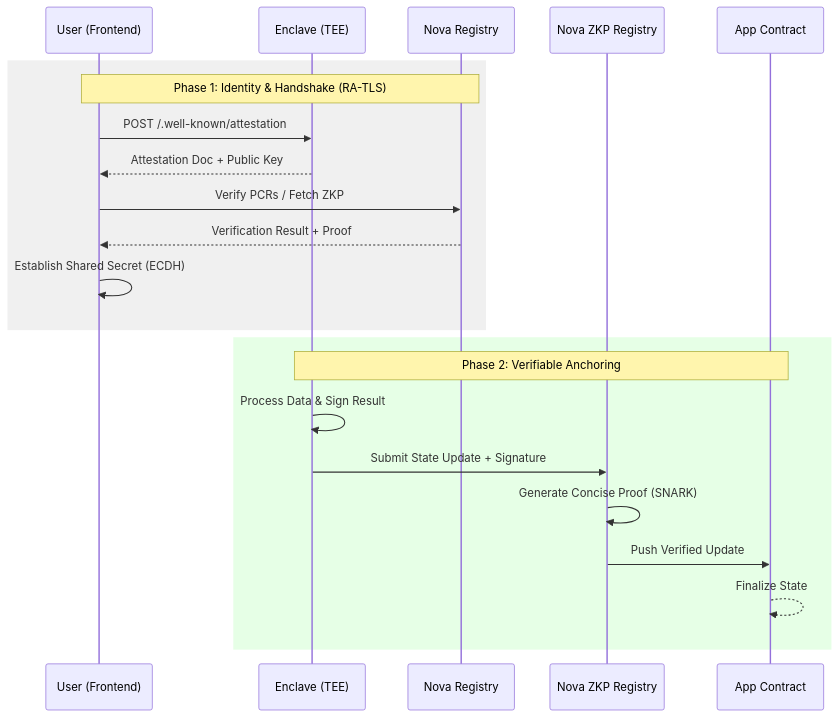
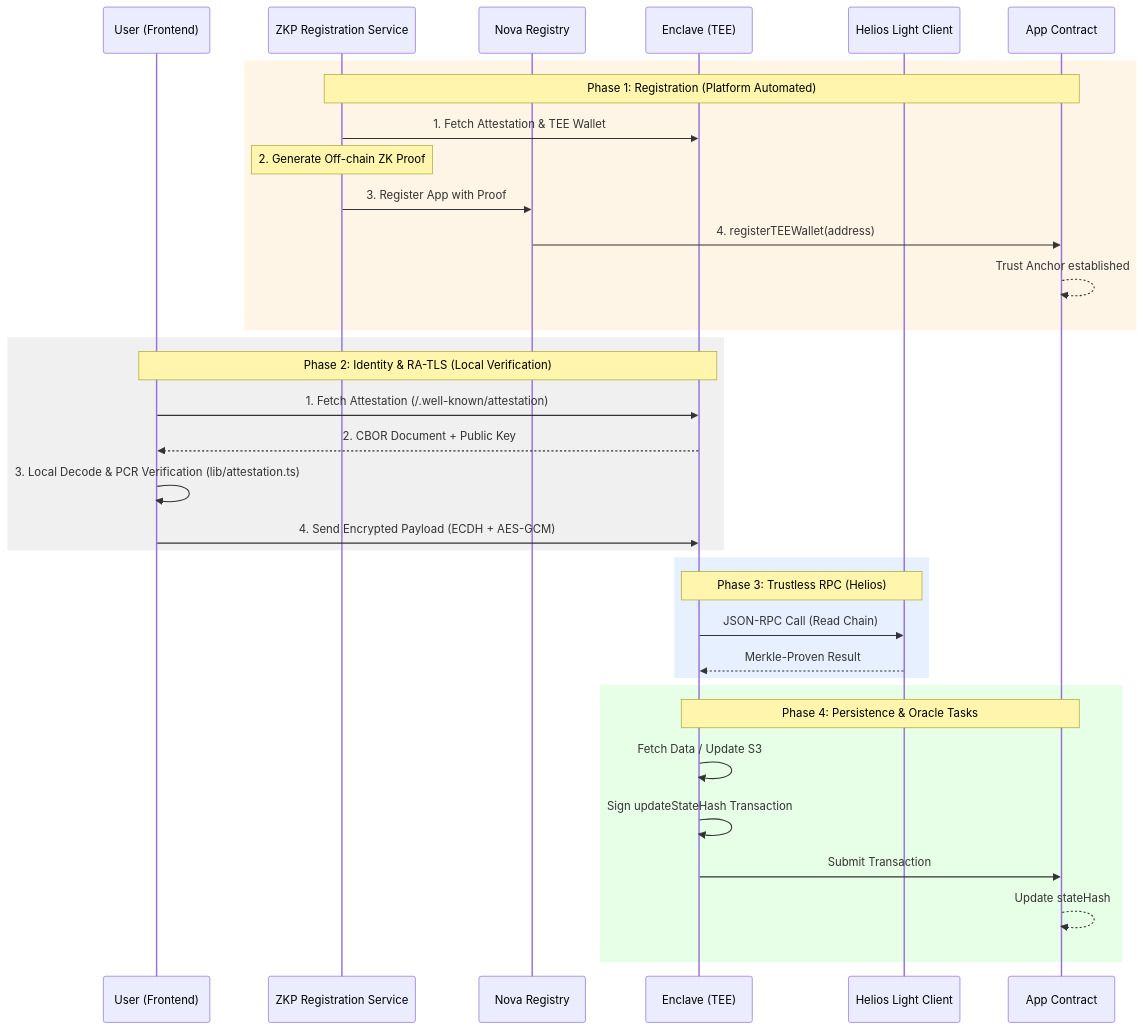
Before and after one commit to sparsity-xyz/nova-app-template: the diagram in tutorial.md, drawn with Mermaid. The commit also changed other lines of this file and 7 other files, not shown here.

````diff
--- a/tutorial.md
+++ b/tutorial.md
@@ -36,26 +36,40 @@
 ```mermaid
 sequenceDiagram
     participant U as User (Frontend)
+    participant ZKP as ZKP Registration Service
+    participant NR as Nova Registry
     participant E as Enclave (TEE)
-    participant NR as Nova Registry
-    participant ZKP as Nova ZKP Registry
+    participant Helios as Helios Light Client
     participant AC as App Contract
     
+    rect rgb(255, 245, 230)
+        Note over ZKP,AC: Phase 1: Registration (Platform Automated)
+        ZKP->>E: 1. Fetch Attestation & TEE Wallet
+        Note over ZKP: 2. Generate Off-chain ZK Proof
+        ZKP->>NR: 3. Register App with Proof
+        NR->>AC: 4. registerTEEWallet(address)
+        AC-->>AC: Trust Anchor established
+    end
+
     rect rgb(240, 240, 240)
-        Note over U,NR: Phase 1: Identity & Handshake (RA-TLS)
-        U->>E: POST /.well-known/attestation
-        E-->>U: Attestation Doc + Public Key
-        U->>NR: Verify PCRs / Fetch ZKP
-        NR-->>U: Verification Result + Proof
-        U->>U: Establish Shared Secret (ECDH)
+        Note over U,E: Phase 2: Identity & RA-TLS (Local Verification)
+        U->>E: 1. Fetch Attestation (/.well-known/attestation)
+        E-->>U: 2. CBOR Document + Public Key
+        U->>U: 3. Local Decode & PCR Verification (lib/attestation.ts)
+        U->>E: 4. Send Encrypted Payload (ECDH + AES-GCM)
+    end
+
+    rect rgb(230, 240, 255)
+        Note over E,Helios: Phase 3: Trustless RPC (Helios)
+        E->>Helios: JSON-RPC Call (Read Chain)
+        Helios-->>E: Merkle-Proven Result
     end
 
     rect rgb(230, 255, 230)
-        Note over E,AC: Phase 2: Verifiable Anchoring
-        E->>E: Process Data & Sign Result
-        E->>ZKP: Submit State Update + Signature
-        ZKP->>ZKP: Generate Concise Proof (SNARK)
-        ZKP->>AC: Push Verified Update
-        AC-->>AC: Finalize State
+        Note over E,AC: Phase 4: Persistence & Oracle Tasks
+        E->>E: Fetch Data / Update S3
+        E->>E: Sign updateStateHash Transaction
+        E->>AC: Submit Transaction
+        AC-->>AC: Update stateHash
     end
 ```
````
